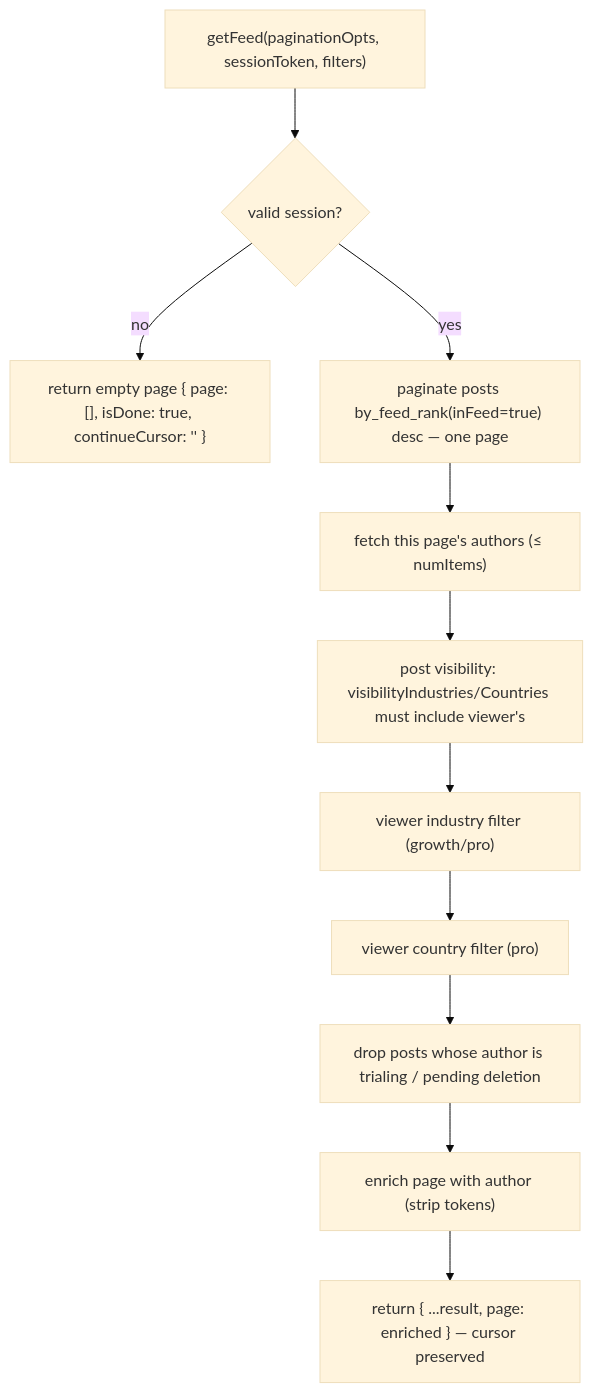
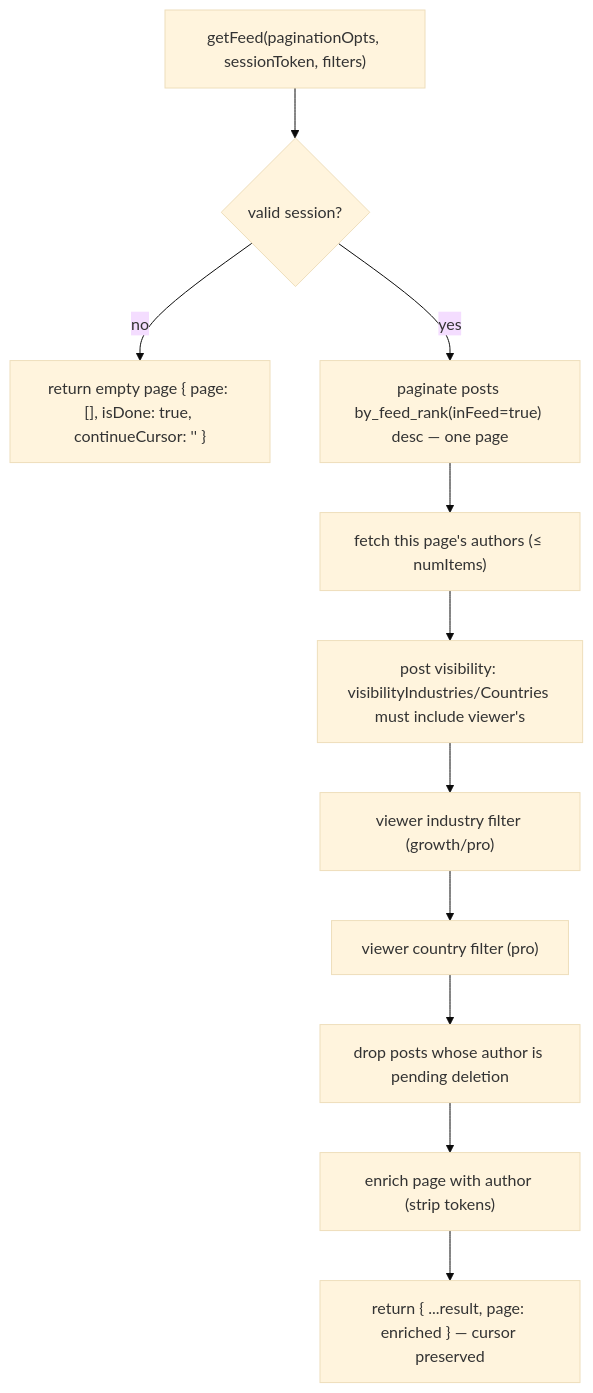
Before and after one commit to henriko202/glowing-octo-guide: the tenth of 19 diagrams in docs/PLATFORM.md, drawn with Mermaid (base theme). The commit also changed other lines of this file and 19 other files, not shown here.

````diff
--- a/docs/PLATFORM.md
+++ b/docs/PLATFORM.md
@@ -1125,13 +1151,13 @@
 ```mermaid
 flowchart TD
   G["getFeed(paginationOpts, sessionToken, filters)"] --> AU{"valid session?"}
   AU -->|no| EMPTY["return empty page { page: [], isDone: true, continueCursor: '' }"]
   AU -->|yes| BASE["paginate posts by_feed_rank(inFeed=true) desc — one page"]
   BASE --> AUTHF["fetch this page's authors (≤ numItems)"]
   AUTHF --> F2["post visibility: visibilityIndustries/Countries must include viewer's"]
   F2 --> F3["viewer industry filter (growth/pro)"]
   F3 --> F4["viewer country filter (pro)"]
-  F4 --> F5["drop posts whose author is trialing / pending deletion"]
+  F4 --> F5["drop posts whose author is pending deletion"]
   F5 --> ENR["enrich page with author (strip tokens)"]
   ENR --> RET["return { ...result, page: enriched } — cursor preserved"]
 ```
````
